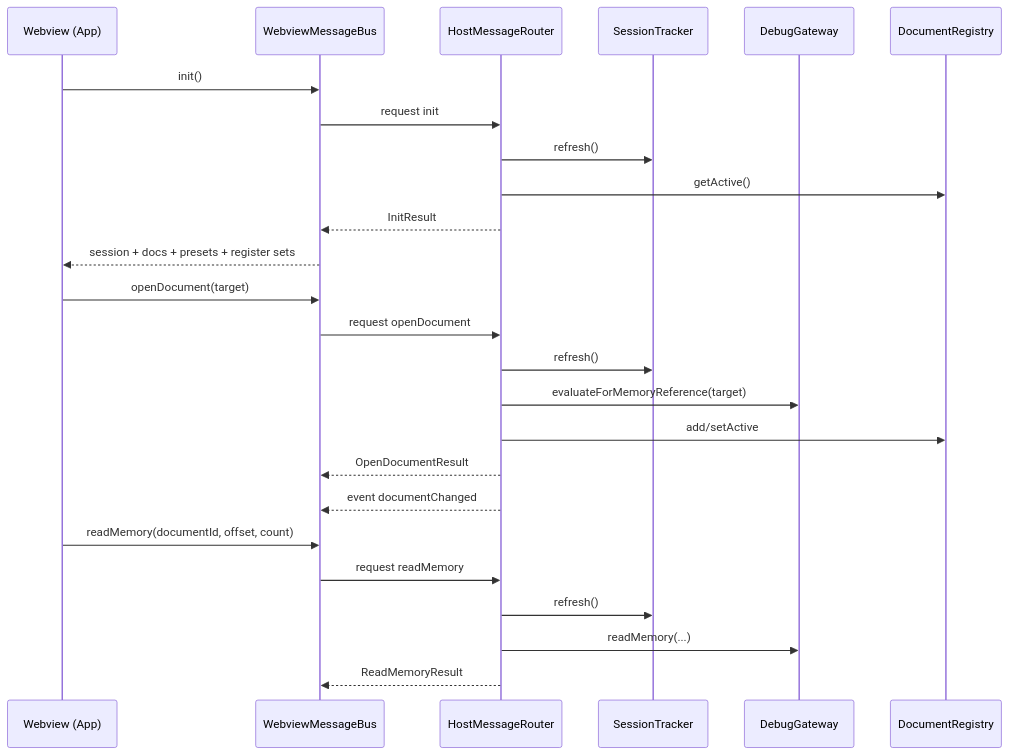
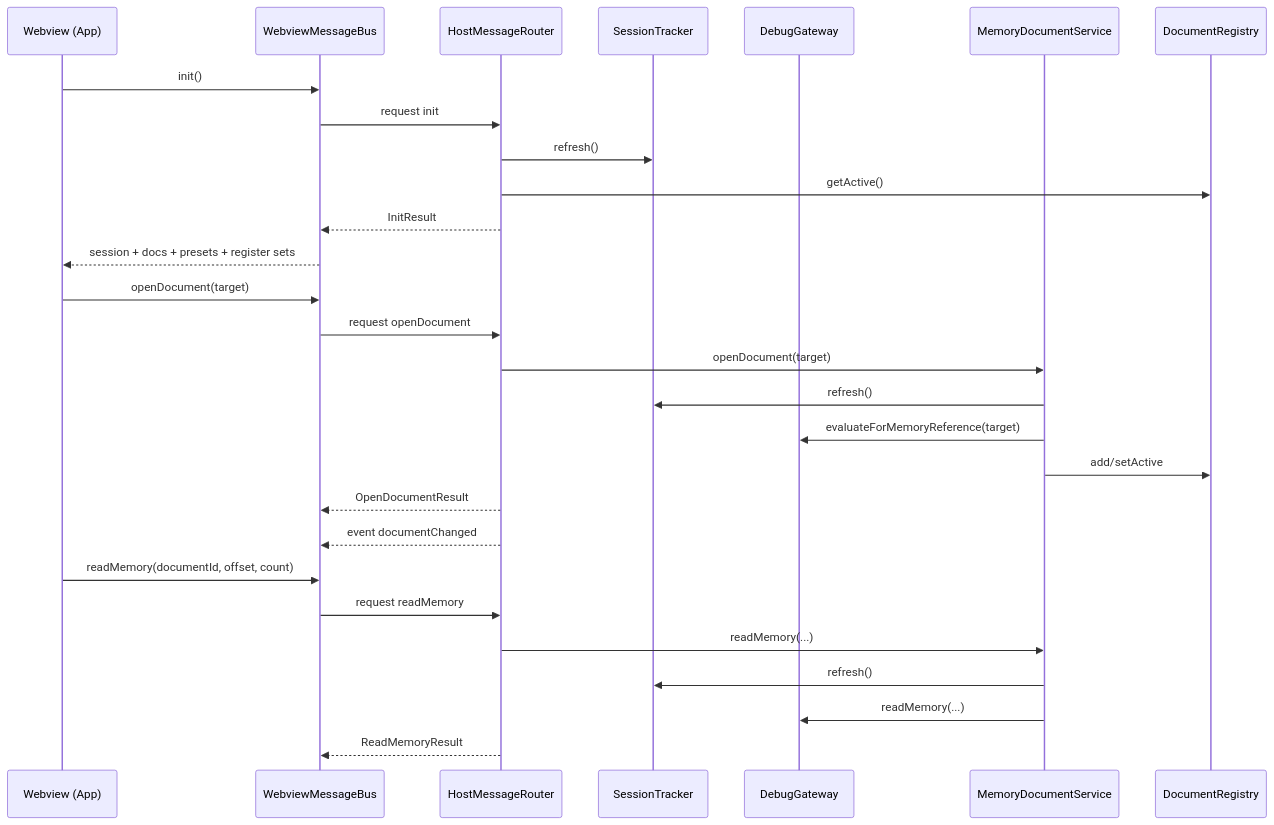
Before and after one commit to PoncheDeFrutas/StackScope: the second of 2 diagrams in docs/architecture.md, drawn with Mermaid. The commit also changed other lines of this file and 6 other files, not shown here.

````diff
--- a/docs/architecture.md
+++ b/docs/architecture.md
@@ -59,30 +60,33 @@
 ```mermaid
 sequenceDiagram
   participant W as Webview (App)
   participant B as WebviewMessageBus
   participant H as HostMessageRouter
   participant S as SessionTracker
   participant D as DebugGateway
+  participant M as MemoryDocumentService
   participant R as DocumentRegistry
 
   W->>B: init()
   B->>H: request init
   H->>S: refresh()
   H->>R: getActive()
   H-->>B: InitResult
   B-->>W: session + docs + presets + register sets
 
   W->>B: openDocument(target)
   B->>H: request openDocument
-  H->>S: refresh()
-  H->>D: evaluateForMemoryReference(target)
-  H->>R: add/setActive
+  H->>M: openDocument(target)
+  M->>S: refresh()
+  M->>D: evaluateForMemoryReference(target)
+  M->>R: add/setActive
   H-->>B: OpenDocumentResult
   H-->>B: event documentChanged
 
   W->>B: readMemory(documentId, offset, count)
   B->>H: request readMemory
-  H->>S: refresh()
-  H->>D: readMemory(...)
+  H->>M: readMemory(...)
+  M->>S: refresh()
+  M->>D: readMemory(...)
   H-->>B: ReadMemoryResult
 ```
````
